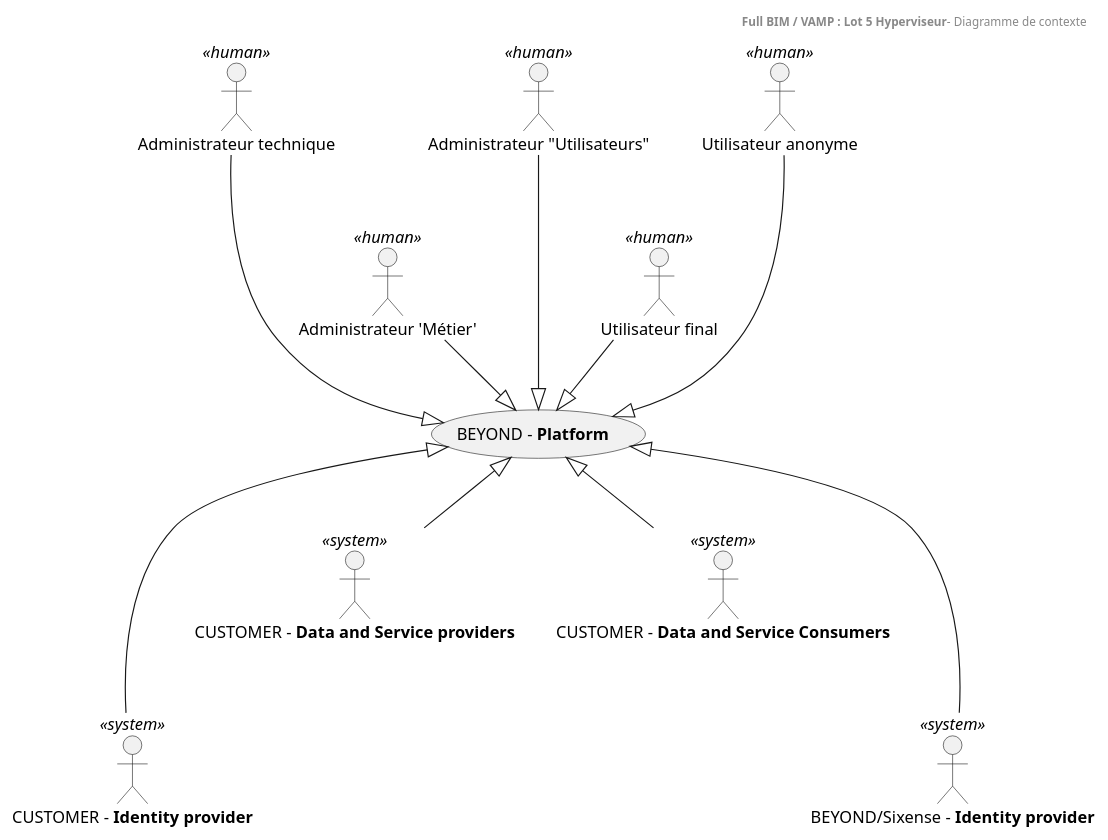
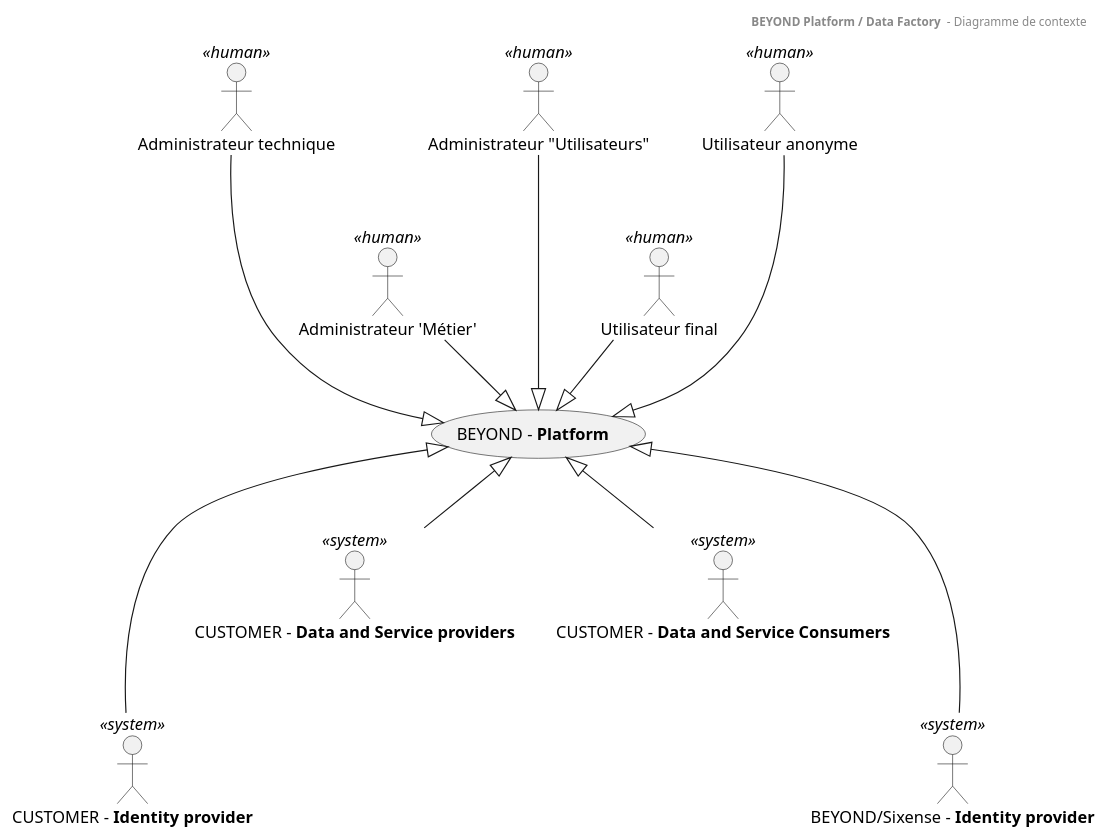
One commit to cogirep/documentation changed the diagram in 01.byd-DataFactory/1.ArchitectureDossier/images/0100.SystemContext.puml. Above: the diagram before and after it, drawn with PlantUML. The commit also changed 31 other files, not shown here.

```diff
--- a/01.byd-DataFactory/1.ArchitectureDossier/images/0100.SystemContext.puml
+++ b/01.byd-DataFactory/1.ArchitectureDossier/images/0100.SystemContext.puml
@@ -1,33 +1,33 @@
 @startuml
 header
-<b>Full BIM / VAMP : Lot 5 Hyperviseur</b>- Diagramme de contexte
+<b>BEYOND Platform / Data Factory </b> - Diagramme de contexte
 end header
 
 (BEYOND - **Platform** ) as SYSTEM
 
 :Administrateur technique: as ACTOR2 <<human>>
 :Administrateur 'Métier': as ACTOR3 <<human>>
 :Administrateur "Utilisateurs": as ACTOR4 <<human>>
 :Utilisateur final: as ACTOR5 <<human>>
 :Utilisateur anonyme: as ACTOR6 <<human>>
 
 :CUSTOMER - **Identity provider**: as SYSTEM2<<system>>
 :CUSTOMER - **Data and Service providers**: as SYSTEM3<<system>>
 :CUSTOMER - **Data and Service Consumers**: as SYSTEM4<<system>>
 :BEYOND/Sixense - **Identity provider**: as SYSTEM5 <<system>>
 
 ACTOR2  ---|>SYSTEM
 ACTOR3  --|>SYSTEM
 ACTOR4  ---|>SYSTEM
 ACTOR5  --|>SYSTEM
 ACTOR6  ---|>SYSTEM
 
 
 SYSTEM <|--- SYSTEM2
 SYSTEM <|-- SYSTEM3
 SYSTEM <|-- SYSTEM4
 SYSTEM <|--- SYSTEM5
 
 
 
 @enduml
```
